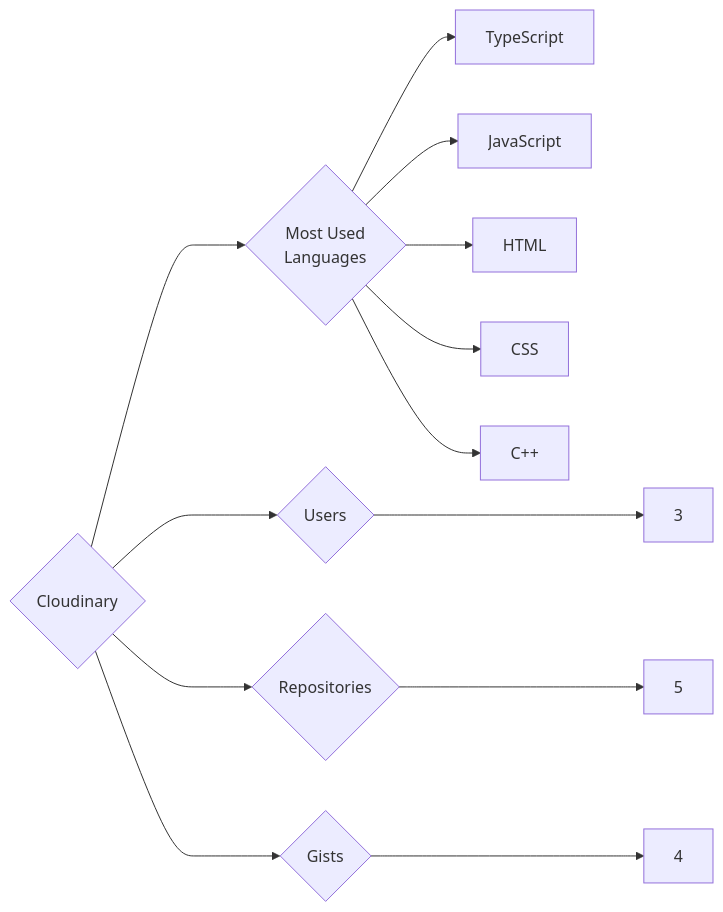
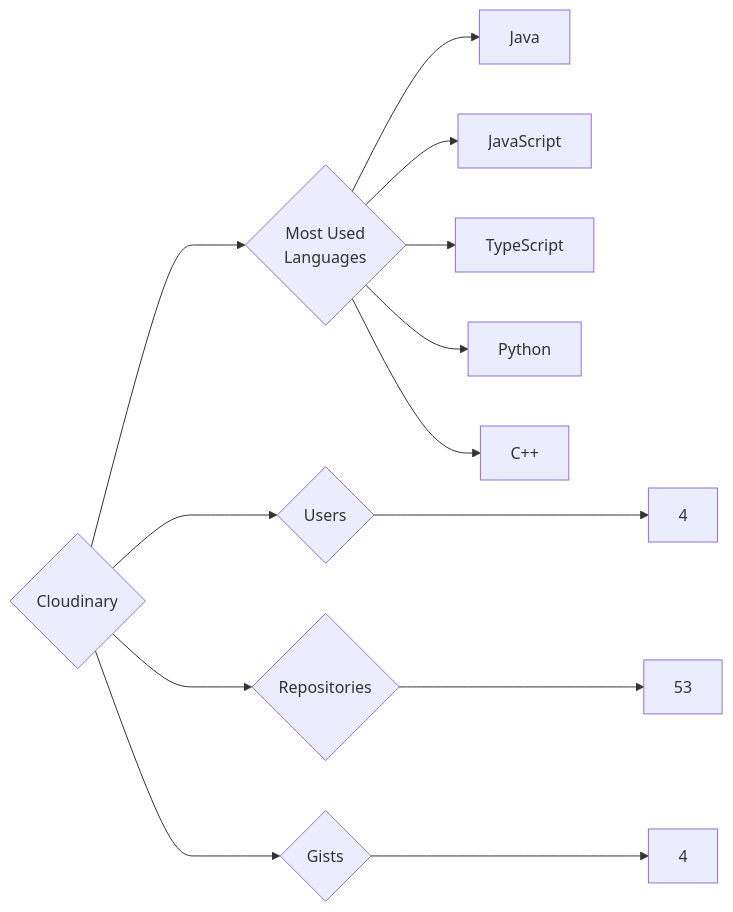
The diagram in targets/Cloudinary/README.md (trickest/insiders), drawn with Mermaid before and after one commit. The commit also changed 938 other files, not shown here.

````diff
--- a/targets/Cloudinary/README.md
+++ b/targets/Cloudinary/README.md
@@ -3,13 +3,13 @@
 ```mermaid
 graph LR
 COMPANY_NAME{Cloudinary}
-COMPANY_NAME ---> U{Users} ---> UN[3]
-COMPANY_NAME ---> R{Repositories} ---> RN[5]
+COMPANY_NAME ---> U{Users} ---> UN[4]
+COMPANY_NAME ---> R{Repositories} ---> RN[53]
 COMPANY_NAME ---> G{Gists} ---> GN[4]
 COMPANY_NAME ---> ML{Most Used<br>Languages}
+ML --> Java[Java]
+ML --> JavaScript[JavaScript]
 ML --> TypeScript[TypeScript]
-ML --> JavaScript[JavaScript]
-ML --> HTML[HTML]
-ML --> CSS[CSS]
+ML --> Python[Python]
 ML --> C++[C++]
 ```
````
